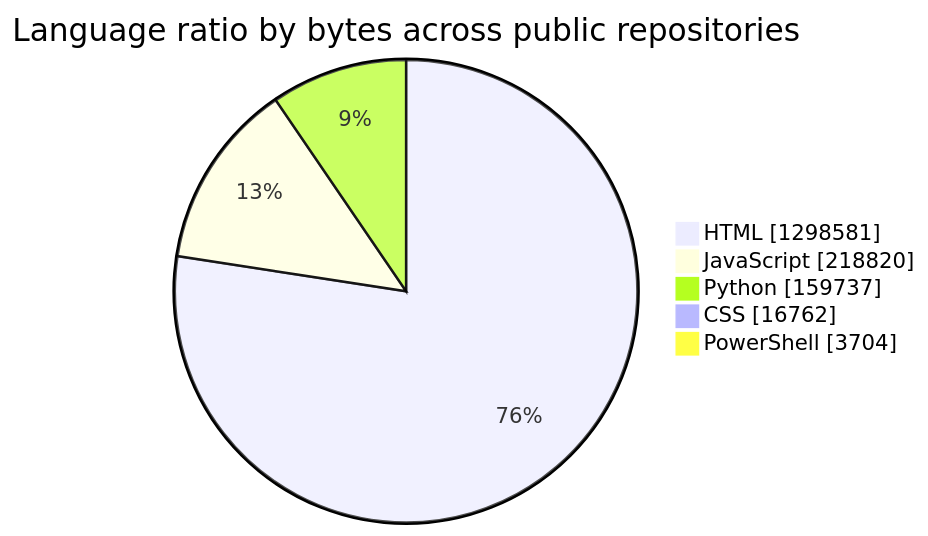
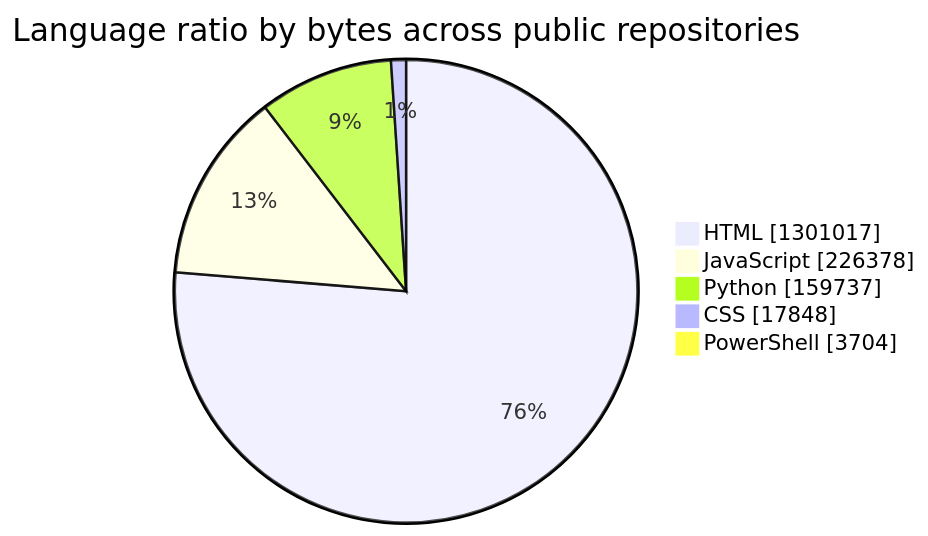
Before and after one commit to tchinso/tchinso: the first of 2 diagrams in README.md, drawn with Mermaid. The commit also changed other lines of this file, not shown here.

````diff
--- a/README.md
+++ b/README.md
@@ -21,9 +21,9 @@
 ```mermaid
 pie showData
     title Language ratio by bytes across public repositories
-    "HTML" : 1298581
-    "JavaScript" : 218820
+    "HTML" : 1301017
+    "JavaScript" : 226378
     "Python" : 159737
-    "CSS" : 16762
+    "CSS" : 17848
     "PowerShell" : 3704
 ```
````
